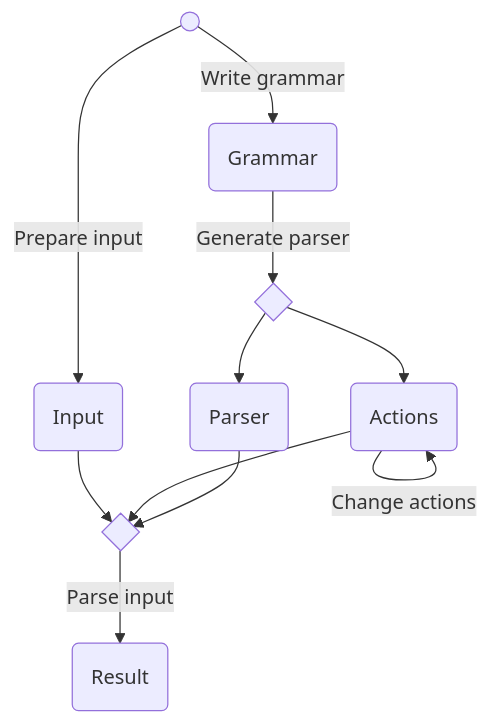
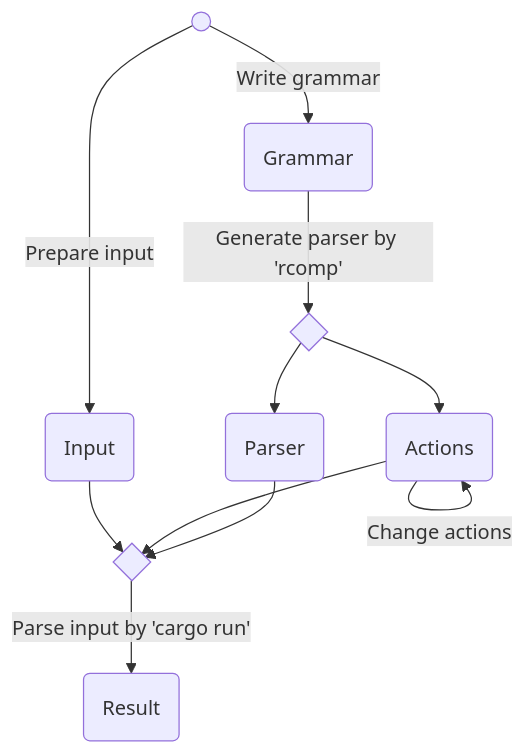
The diagram in tutorial/workflow.md (fogarecious/rustemo_tutorial), drawn with Mermaid before and after one commit. The commit also changed other lines of this file and 2 other files, not shown here.

````diff
--- a/tutorial/workflow.md
+++ b/tutorial/workflow.md
@@ -6,18 +6,18 @@
 ```mermaid
 flowchart TD
   O(( ))
   G(Grammar)
   P(Parser)
   A(Actions)
   M1{ }
   I(Input)
   M2{ }
   R(Result)
   O -->|Write grammar| G
-  G -->|Generate parser| M1
+  G -->|Generate parser by 'rcomp'| M1
   M1 --> P & A
   A -->|Change actions| A
   O -->|Prepare input| I
   P & A & I --> M2
-  M2 -->|Parse input| R
+  M2 -->|Parse input by 'cargo run'| R
 ```
````
